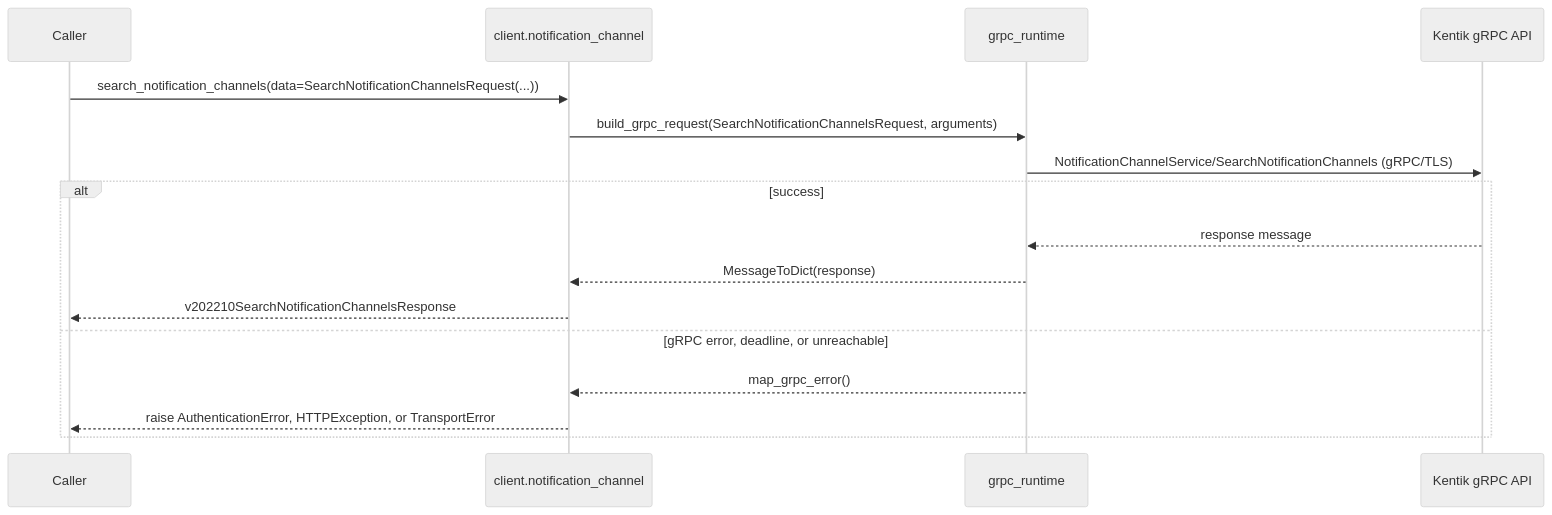
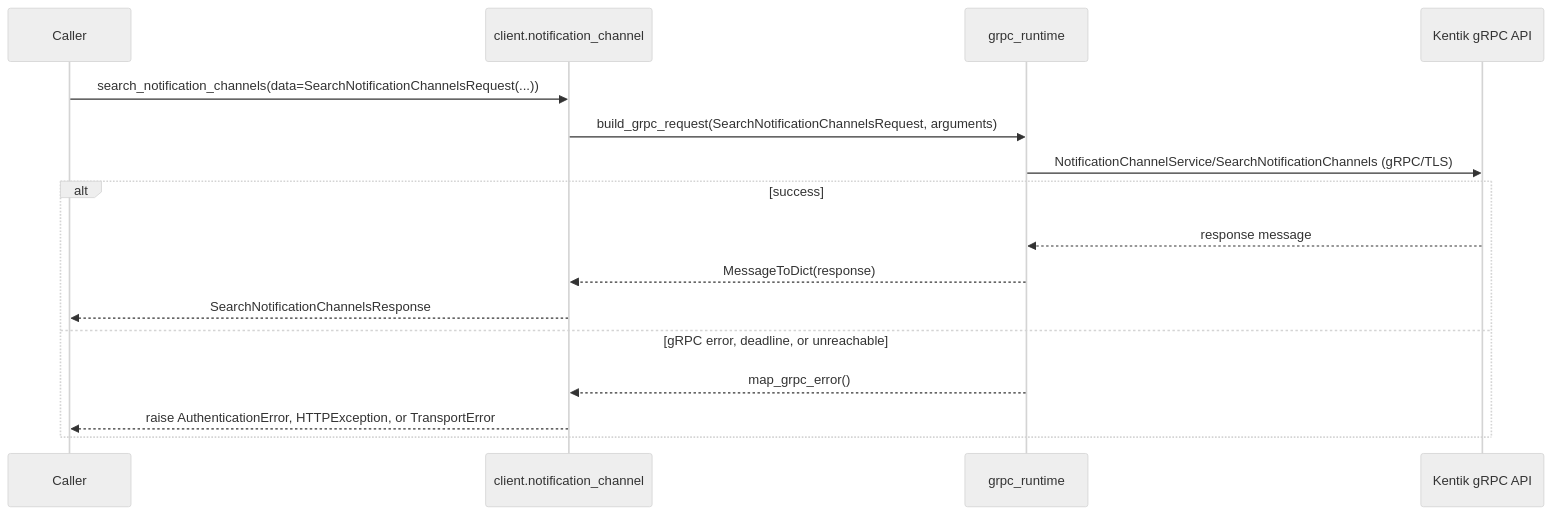
The fifth of 8 diagrams in docs/sphinx/services/notification_channel.md (alexdearaujo/community_sdk_python), drawn with Mermaid (neutral theme) before and after one commit. The commit also changed other lines of this file and 38 other files, not shown here.

````diff
--- a/docs/sphinx/services/notification_channel.md
+++ b/docs/sphinx/services/notification_channel.md
@@ -127,19 +127,19 @@
 ```mermaid
 sequenceDiagram
     participant C as Caller
     participant W as client.notification_channel
     participant R as grpc_runtime
     participant API as Kentik gRPC API
 
     C->>W: search_notification_channels(data=SearchNotificationChannelsRequest(...))
     W->>R: build_grpc_request(SearchNotificationChannelsRequest, arguments)
     R->>API: NotificationChannelService/SearchNotificationChannels (gRPC/TLS)
     alt success
         API-->>R: response message
         R-->>W: MessageToDict(response)
-        W-->>C: v202210SearchNotificationChannelsResponse
+        W-->>C: SearchNotificationChannelsResponse
     else gRPC error, deadline, or unreachable
         R-->>W: map_grpc_error()
         W-->>C: raise AuthenticationError, HTTPException, or TransportError
     end
 ```
````
